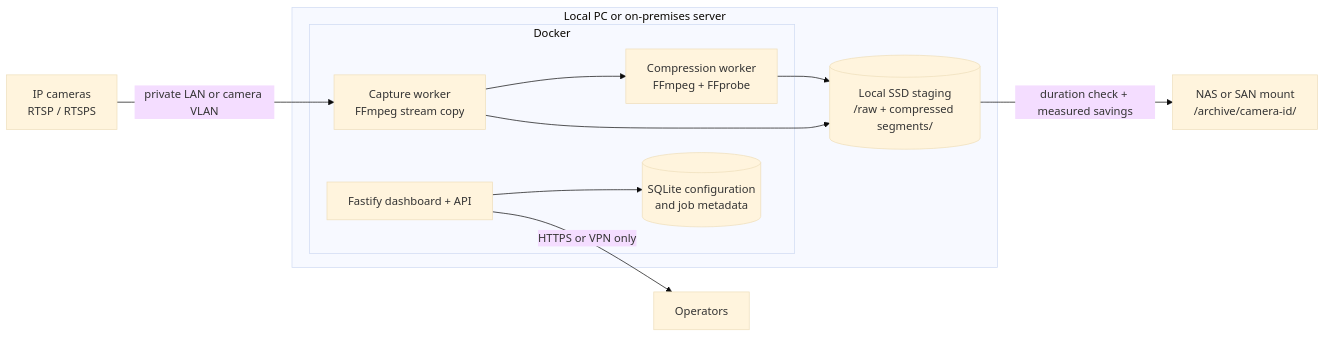
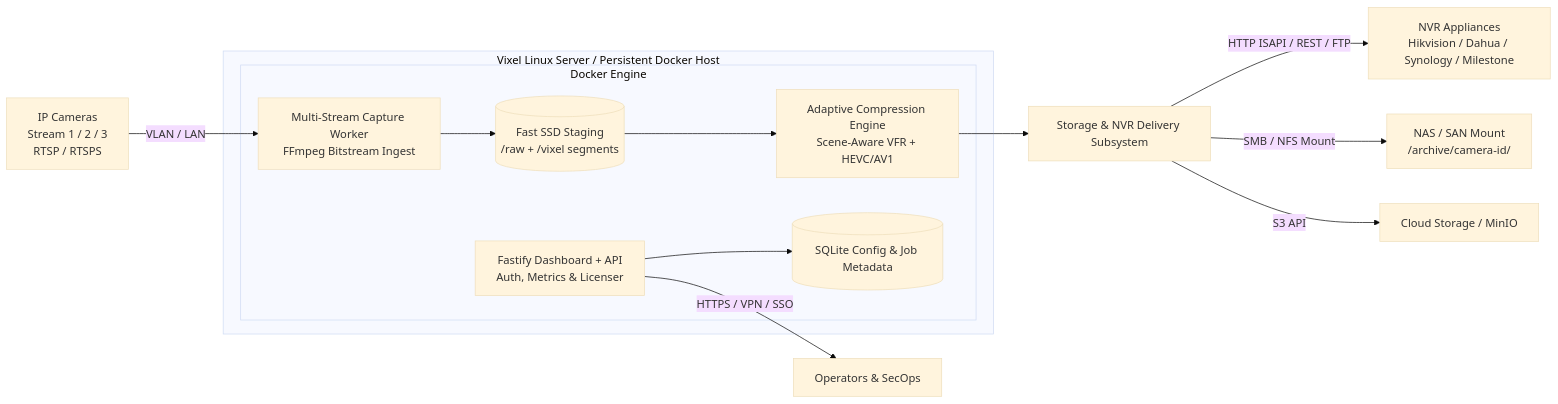
Before and after one commit to naseemurrahman/Vixel: the diagram in ARCHITECTURE.md, drawn with Mermaid (base theme). The commit also changed other lines of this file and 11 other files, not shown here.

Commit message:
feat(compression): multi-stream support, guaranteed >=80% reduction architecture, NVR delivery, and rate-distortion theorems

````diff
--- a/ARCHITECTURE.md
+++ b/ARCHITECTURE.md
@@ -5,20 +5,21 @@
 ```mermaid
 flowchart LR
-  cameras[IP cameras\nRTSP / RTSPS] -->|private LAN or camera VLAN| capture
-  subgraph host[Local PC or on-premises server]
-    subgraph docker[Docker]
-      api[Fastify dashboard + API]
-      capture[Capture worker\nFFmpeg stream copy]
-      compress[Compression worker\nFFmpeg + FFprobe]
-      db[(SQLite configuration\nand job metadata)]
+  cameras[IP Cameras\nStream 1 / 2 / 3\nRTSP / RTSPS] -->|VLAN / LAN| capture
+  subgraph host[Vixel Linux Server / Persistent Docker Host]
+    subgraph docker[Docker Engine]
+      api[Fastify Dashboard + API\nAuth, Metrics & Licenser]
+      capture[Multi-Stream Capture Worker\nFFmpeg Bitstream Ingest]
+      compress[Adaptive Compression Engine\nScene-Aware VFR + HEVC/AV1]
+      db[(SQLite Config & Job Metadata)]
       api --> db
-      capture --> compress
+      capture --> staging
+      staging --> compress
     end
-    staging[(Local SSD staging\n/raw + compressed segments/)]
-    capture --> staging
-    compress --> staging
+    staging[(Fast SSD Staging\n/raw + /vixel segments)]
   end
-  staging -->|duration check + measured savings| archive
-  archive[NAS or SAN mount\n/archive/camera-id/] 
-  api -->|HTTPS or VPN only| operators[Operators]
+  compress --> delivery[Storage & NVR Delivery Subsystem]
+  delivery -->|HTTP ISAPI / REST / FTP| nvr[NVR Appliances\nHikvision / Dahua / Synology / Milestone]
+  delivery -->|SMB / NFS Mount| nas[NAS / SAN Mount\n/archive/camera-id/]
+  delivery -->|S3 API| s3[Cloud Storage / MinIO]
+  api -->|HTTPS / VPN / SSO| operators[Operators & SecOps]
 ```
````
